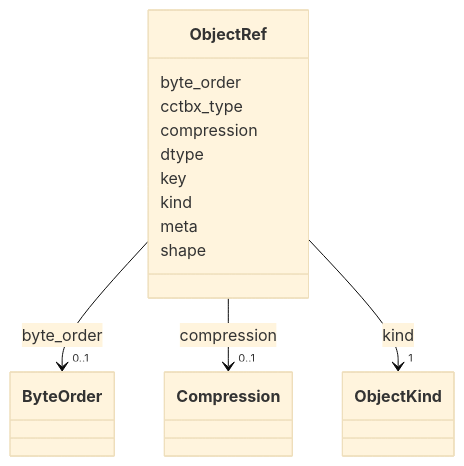
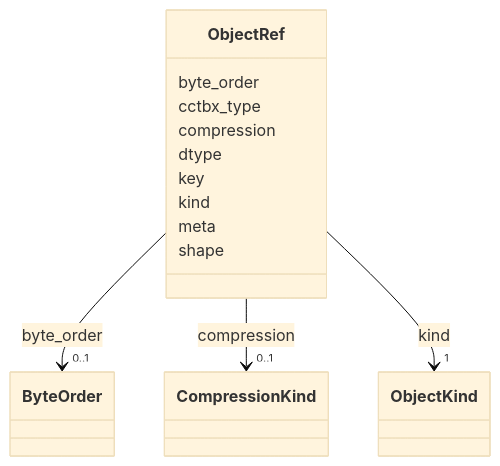
The diagram in docs/schema/ObjectRef.md (phzwart/phridge), drawn with Mermaid (base theme) before and after one commit. The commit also changed other lines of this file and 9 other files, not shown here.

First line of the commit message:
Rename Compression enum to CompressionKind for case-insensitive FS.

````diff
--- a/docs/schema/ObjectRef.md
+++ b/docs/schema/ObjectRef.md
@@ -25,49 +25,49 @@
 ```mermaid
  classDiagram
     class ObjectRef
     click ObjectRef href "../ObjectRef/"
       ObjectRef : byte_order
         
           
     
         
         
         ObjectRef --> "0..1" ByteOrder : byte_order
         click ByteOrder href "../ByteOrder/"
     
 
         
       ObjectRef : cctbx_type
         
       ObjectRef : compression
         
           
     
         
         
-        ObjectRef --> "0..1" Compression : compression
-        click Compression href "../Compression/"
+        ObjectRef --> "0..1" CompressionKind : compression
+        click CompressionKind href "../CompressionKind/"
     
 
         
       ObjectRef : dtype
         
       ObjectRef : key
         
       ObjectRef : kind
         
           
     
         
         
         ObjectRef --> "1" ObjectKind : kind
         click ObjectKind href "../ObjectKind/"
     
 
         
       ObjectRef : meta
         
       ObjectRef : shape
         
       
 ```
````
